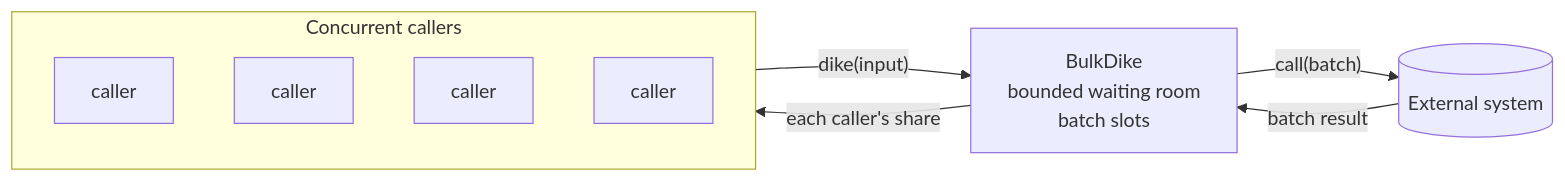
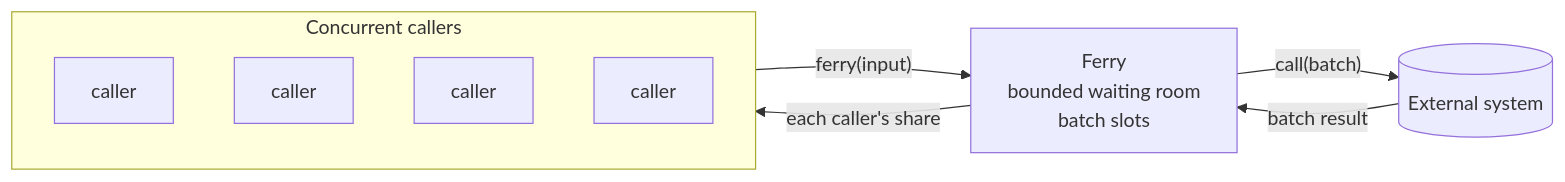
The diagram in docs/index.md (EtaCassiopeia/bulkdike), drawn with Mermaid before and after one commit. The commit also changed other lines of this file and 63 other files, not shown here.

First line of the commit message:
Rename BulkDike to Ferry

````diff
--- a/docs/index.md
+++ b/docs/index.md
@@ -7,10 +11,10 @@
 ```mermaid
 flowchart LR
   subgraph callers [Concurrent callers]
     c1[caller] & c2[caller] & c3[caller] & c4[caller]
   end
-  callers -- "dike(input)" --> d[BulkDike<br/>bounded waiting room<br/>batch slots]
+  callers -- "ferry(input)" --> d[Ferry<br/>bounded waiting room<br/>batch slots]
   d -- "call(batch)" --> s[(External system)]
   s -- batch result --> d
   d -- "each caller's share" --> callers
 ```
````
